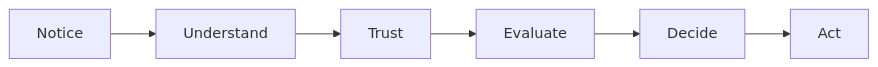
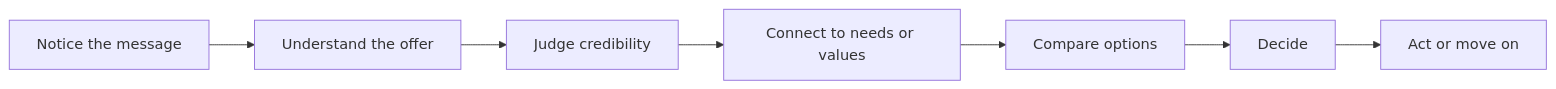
One commit to JivExperimenters/is117_test changed the diagram in book/01-persuasion.md. Above: the diagram before and after it, drawn with Mermaid. The commit also changed other lines of this file, not shown here.

````diff
--- a/book/01-persuasion.md
+++ b/book/01-persuasion.md
@@ -67,8 +81,9 @@
 ```mermaid
 flowchart LR
-    A[Notice] --> B[Understand]
-    B --> C[Trust]
-    C --> D[Evaluate]
-    D --> E[Decide]
-    E --> F[Act]
+    A[Notice the message] --> B[Understand the offer]
+    B --> C[Judge credibility]
+    C --> D[Connect to needs or values]
+    D --> E[Compare options]
+    E --> F[Decide]
+    F --> G[Act or move on]
 ```
````
